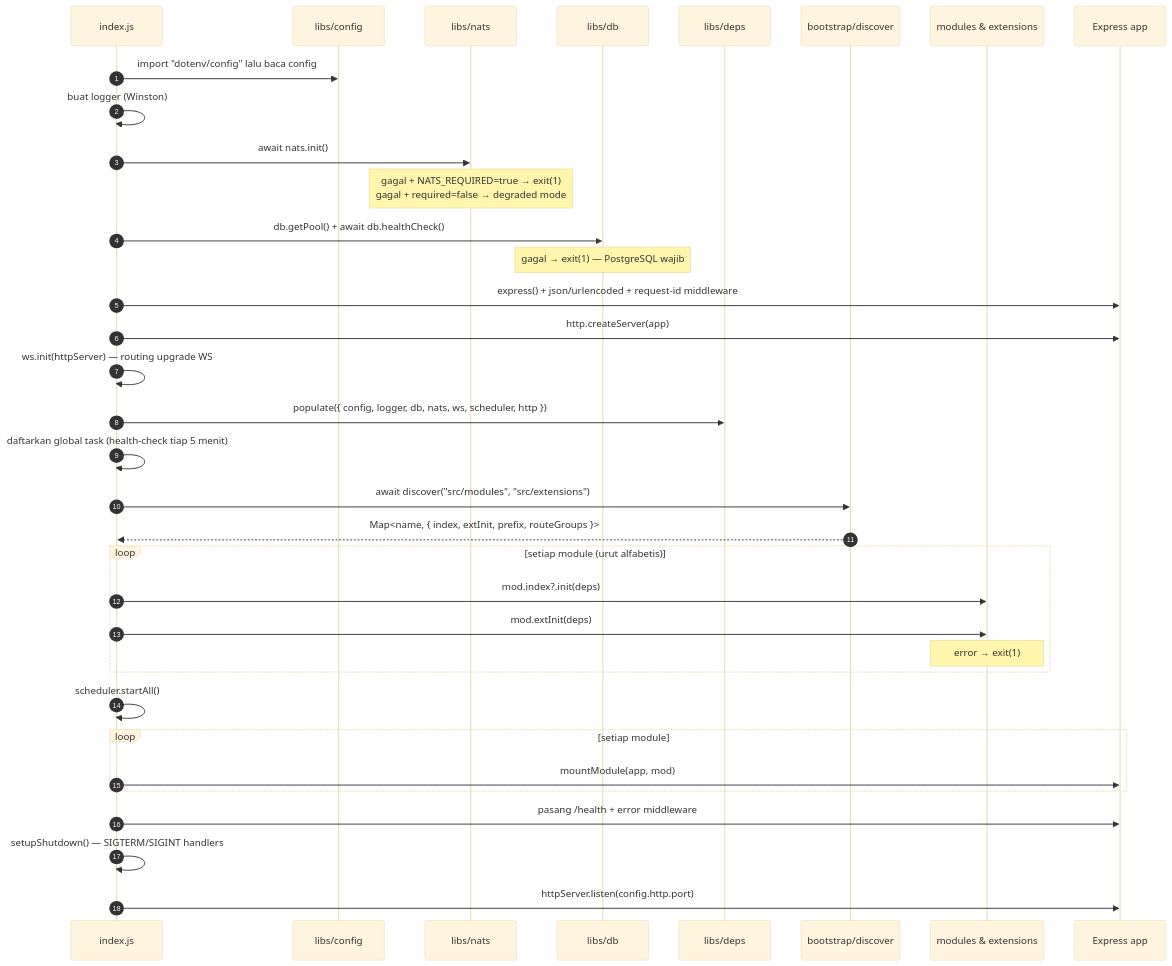
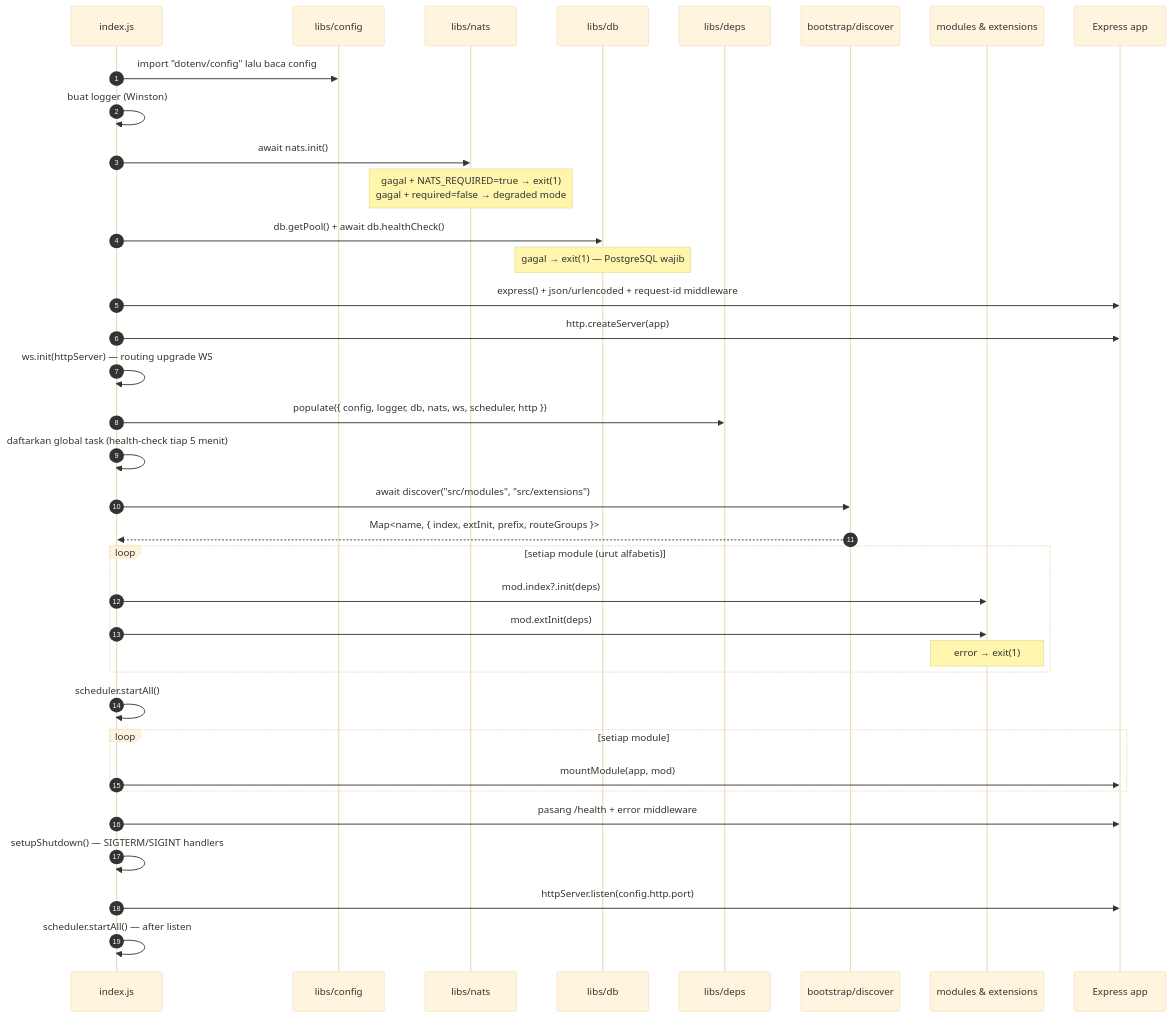
Before and after one commit to satriolangit/express-modular-sample: the first of 7 diagrams in docs/ARCHITECTURE.md, drawn with Mermaid (base theme). The commit also changed other lines of this file and 7 other files, not shown here.

Commit message:
docs: sync architecture and contracts with hardened behavior

````diff
--- a/docs/ARCHITECTURE.md
+++ b/docs/ARCHITECTURE.md
@@ -132,38 +136,39 @@
 ```mermaid
 sequenceDiagram
     autonumber
     participant IX as index.js
     participant CFG as libs/config
     participant NATS as libs/nats
     participant DB as libs/db
     participant DEPS as libs/deps
     participant DISC as bootstrap/discover
     participant MOD as modules & extensions
     participant APP as Express app
 
     IX->>CFG: import "dotenv/config" lalu baca config
     IX->>IX: buat logger (Winston)
     IX->>NATS: await nats.init()
     Note over NATS: gagal + NATS_REQUIRED=true → exit(1)<br/>gagal + required=false → degraded mode
     IX->>DB: db.getPool() + await db.healthCheck()
     Note over DB: gagal → exit(1) — PostgreSQL wajib
     IX->>APP: express() + json/urlencoded + request-id middleware
     IX->>APP: http.createServer(app)
     IX->>IX: ws.init(httpServer) — routing upgrade WS
     IX->>DEPS: populate({ config, logger, db, nats, ws, scheduler, http })
     IX->>IX: daftarkan global task (health-check tiap 5 menit)
     IX->>DISC: await discover("src/modules", "src/extensions")
     DISC-->>IX: Map<name, { index, extInit, prefix, routeGroups }>
     loop setiap module (urut alfabetis)
         IX->>MOD: mod.index?.init(deps)
         IX->>MOD: mod.extInit(deps)
         Note over MOD: error → exit(1)
     end
     IX->>IX: scheduler.startAll()
     loop setiap module
         IX->>APP: mountModule(app, mod)
     end
     IX->>APP: pasang /health + error middleware
     IX->>IX: setupShutdown() — SIGTERM/SIGINT handlers
     IX->>APP: httpServer.listen(config.http.port)
+    IX->>IX: scheduler.startAll() — after listen
 ```
````
